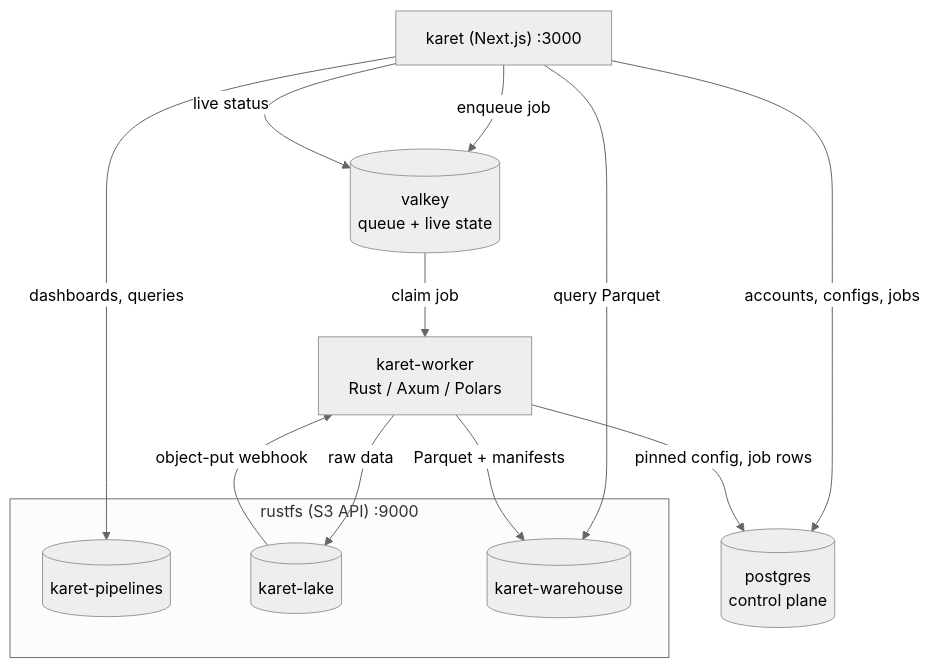
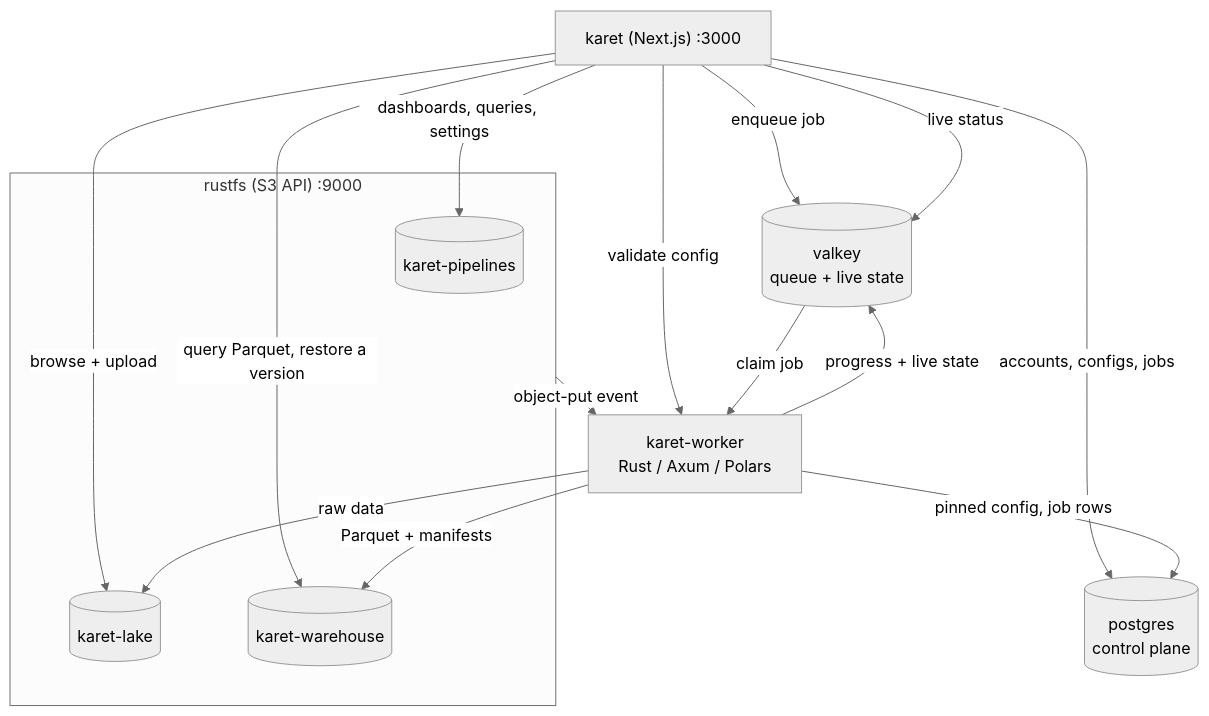
Before and after one commit to karet-org/karet-docs: the diagram in guide/architecture.md, drawn with Mermaid (neutral theme).

Commit message:
The diagram was missing four edges, including the only call between services
Audited it against the code rather than against the previous diagram. What it
did not show:

  * **web → worker.** `POST /api/p/<slug>/validate` forwards to the worker over
    HTTP with the bearer token. It is the only synchronous call between the two
    services and it was invisible.
  * **web → karet-lake.** The Data lake browser lists, uploads, moves and
    deletes objects. The diagram had the lake as worker-only territory.
  * **web → karet-warehouse, as a writer.** Restoring a table version writes a
    manifest and the `_current.json` pointer from the web. The warehouse has two
    publishers, not one.
  * **worker → valkey.** The worker writes live state and progress, and enqueues
    its own debounced upload runs. Only the claim direction was drawn, so the
    thing the Jobs page reads had no source.

Also corrected: the object-put event comes from rustfs, not from the lake
bucket, so the arrow starts at the service.

Rendered and read back: 13 edges, no clipped labels, Postgres outside the
rustfs box.

````diff
--- a/guide/architecture.md
+++ b/guide/architecture.md
@@ -15,26 +15,29 @@
 ```mermaid
 %%{ init: { "flowchart": { "nodeSpacing": 45, "rankSpacing": 60, "wrappingWidth": 220 } } }%%
 flowchart TB
   web["karet (Next.js) :3000"]
   valkey[("valkey<br/>queue + live state")]
   worker["karet-worker<br/>Rust / Axum / Polars"]
   postgres[("postgres<br/>control plane")]
 
   subgraph s3["rustfs (S3 API) :9000"]
     pipelines[("karet-pipelines")]
     lake[("karet-lake")]
     warehouse[("karet-warehouse")]
   end
 
   web -->|"enqueue job"| valkey
   web -->|"live status"| valkey
+  web -->|"validate config"| worker
   web -->|"accounts, configs, jobs"| postgres
-  web -->|"dashboards, queries"| pipelines
-  web -->|"query Parquet"| warehouse
+  web -->|"dashboards, queries, settings"| pipelines
+  web -->|"browse + upload"| lake
+  web -->|"query Parquet, restore a version"| warehouse
 
   valkey -->|"claim job"| worker
+  worker -->|"progress + live state"| valkey
   worker -->|"pinned config, job rows"| postgres
   worker -->|"raw data"| lake
   worker -->|"Parquet + manifests"| warehouse
-  lake -->|"object-put webhook"| worker
+  s3 -->|"object-put event"| worker
 ```
````
